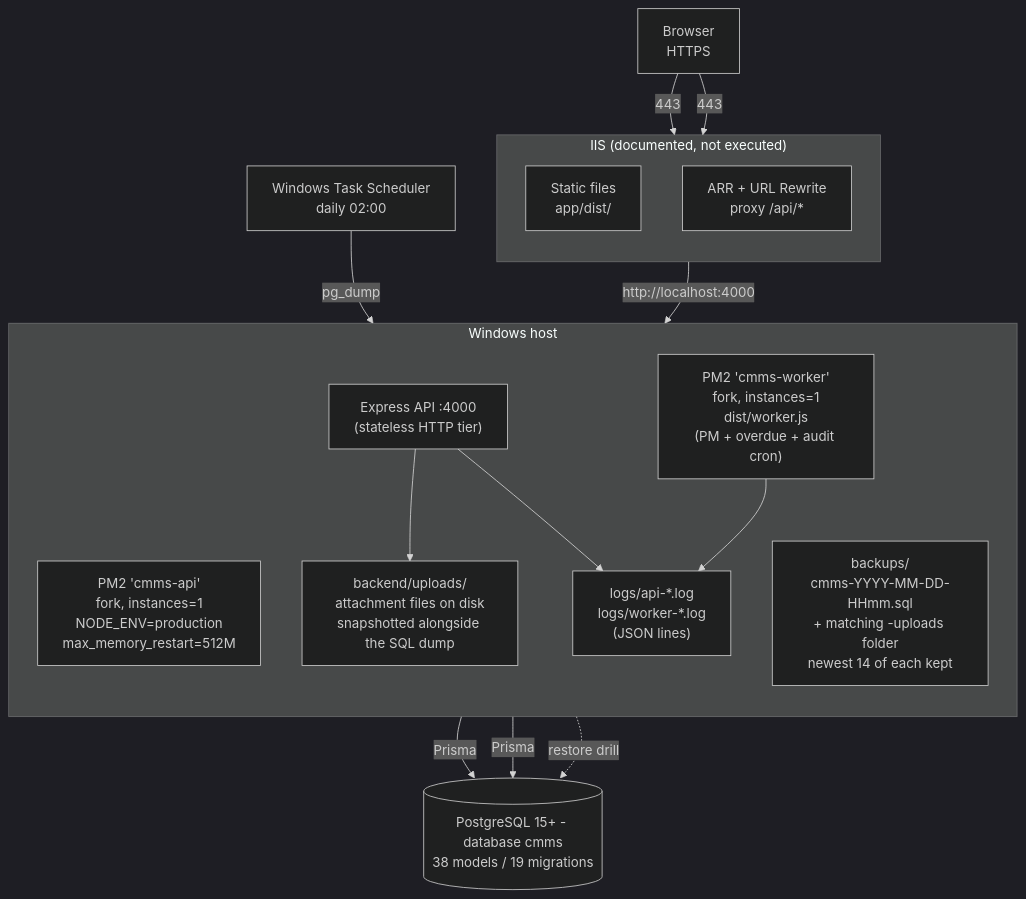
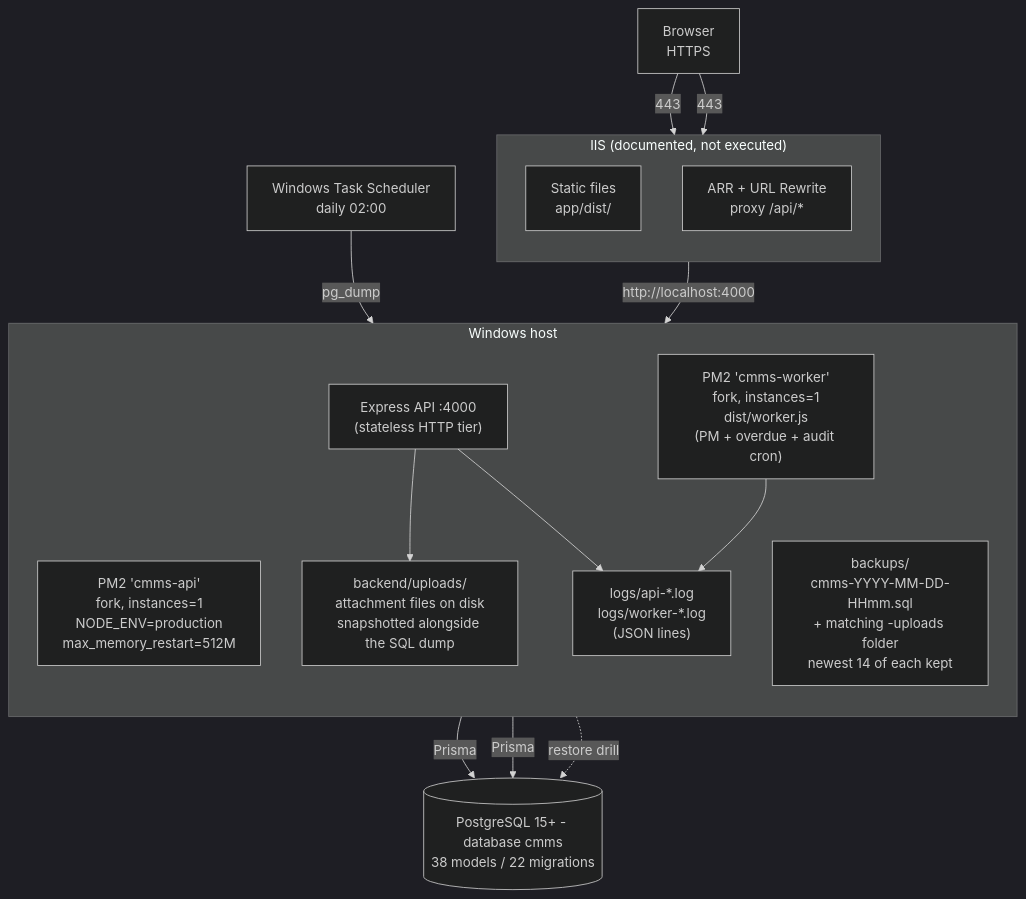
One commit to MohammedAlmaqan/CMMSproject changed the diagram in docs/ARCHITECTURE.md. Above: the diagram before and after it, drawn with Mermaid (dark theme). The commit also changed other lines of this file and 1 other file, not shown here.

Commit message:
docs: re-derive the migration count (19 -> 22)
The v1.1-8 clause-(c) sweep re-derives frozen counts from source rather
than trusting prior counts. `backend/prisma/migrations/` holds 22 migration
folders, not the 19 three current-facing cells state: two arrived since the
2026-10-08 count (`20261014120000_refresh_token_last_used` and
`20261015120000_alert_type_scheduler_stale`).

- docs/ARCHITECTURE.md: the PostgreSQL section and the deployment diagram
  label now read 22, keeping the history pointer (19, and before that 15).
- docs/SOW_COMPLIANCE.md: the §6.1 "Database creation and seed data scripts"
  evidence cell now reads 22, with the same pointer.

Records of past state that cite 19 inside dated phase sections are left as
they were written. Docs only; no code, no gates affected.

````diff
--- a/docs/ARCHITECTURE.md
+++ b/docs/ARCHITECTURE.md
@@ -43,34 +43,34 @@
 ```mermaid
 flowchart TB
     B["Browser<br/>HTTPS"]
 
     subgraph IIS["IIS (documented, not executed)"]
         direction TB
         STATIC["Static files<br/>app/dist/"]
         PROXY["ARR + URL Rewrite<br/>proxy /api/*"]
     end
 
     subgraph HOST["Windows host"]
         direction TB
         PM2["PM2 'cmms-api'<br/>fork, instances=1<br/>NODE_ENV=production<br/>max_memory_restart=512M"]
         API["Express API :4000<br/>(stateless HTTP tier)"]
         WORKER["PM2 'cmms-worker'<br/>fork, instances=1<br/>dist/worker.js<br/>(PM + overdue + audit cron)"]
         LOGS["logs/api-*.log<br/>logs/worker-*.log<br/>(JSON lines)"]
         UPL["backend/uploads/<br/>attachment files on disk<br/>snapshotted alongside the SQL dump"]
         BK["backups/<br/>cmms-YYYY-MM-DD-HHmm.sql<br/>+ matching -uploads folder<br/>newest 14 of each kept"]
     end
 
-    DB[("PostgreSQL 15+ - database cmms<br/>38 models / 19 migrations")]
+    DB[("PostgreSQL 15+ - database cmms<br/>38 models / 22 migrations")]
     TASKSCHED["Windows Task Scheduler<br/>daily 02:00"]
 
     B -->|443| STATIC
     B -->|443| PROXY
     PROXY -->|http://localhost:4000| API
     API -->|Prisma| DB
     API --> UPL
     API --> LOGS
     WORKER -->|Prisma| DB
     WORKER --> LOGS
     TASKSCHED -->|pg_dump| BK
     BK -.->|restore drill| DB
 ```
````
